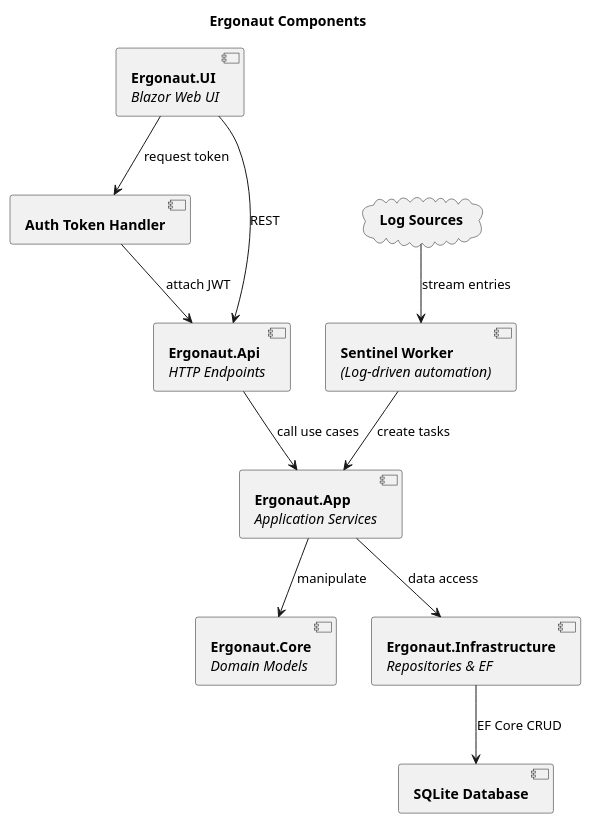
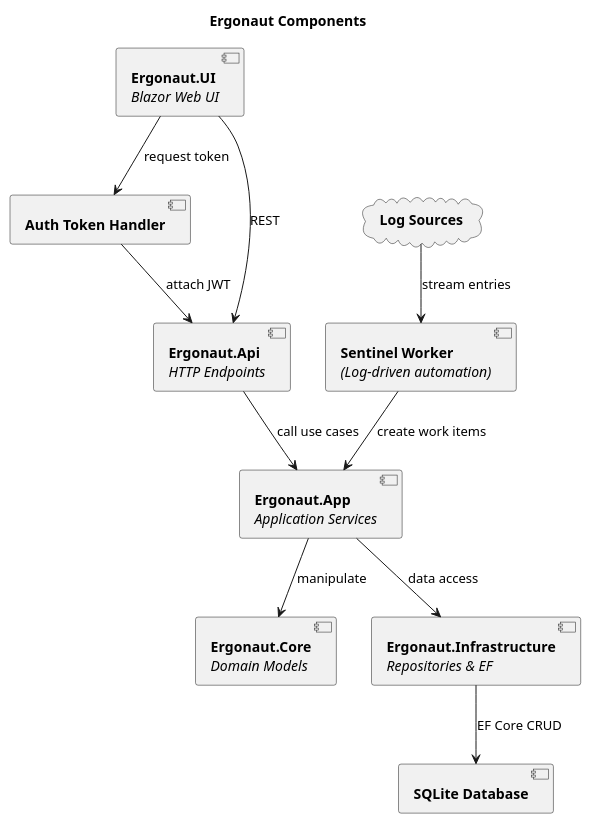
Before and after one commit to LukasLeindals/ergonaut: the diagram in docs/uml/components.puml, drawn with PlantUML. The commit also changed 50 other files, not shown here.

```diff
--- a/docs/uml/components.puml
+++ b/docs/uml/components.puml
@@ -1,30 +1,30 @@
 @startuml components
 title Ergonaut Components
 
 top to bottom direction
 
 
 
 component "<b>Ergonaut.UI</b>\n<i>Blazor Web UI</i>" as UI
 component "<b>Auth Token Handler</b>" as Auth
 component "<b>Ergonaut.Api</b>\n<i>HTTP Endpoints</i>" as API
 component "<b>Ergonaut.App</b>\n<i>Application Services</i>" as AppLayer
 component "<b>Ergonaut.Core</b>\n<i>Domain Models</i>" as Core
 component "<b>Ergonaut.Infrastructure</b>\n<i>Repositories & EF</i>" as Infra
 component "<b>SQLite Database</b>" as Db
 
 component "<b>Sentinel Worker</b>\n<i>(Log-driven automation)</i>" as Sentinel
 cloud "<b>Log Sources</b>" as Logs
 
 UI --> Auth : request token
 Auth --> API : attach JWT
 UI --> API : REST
 API --> AppLayer : call use cases
 AppLayer --> Core : manipulate
 AppLayer --> Infra : data access
 Infra --> Db : EF Core CRUD
 
 Logs --> Sentinel : stream entries
-Sentinel --> AppLayer : create tasks
+Sentinel --> AppLayer : create work items
 
 @enduml
```
